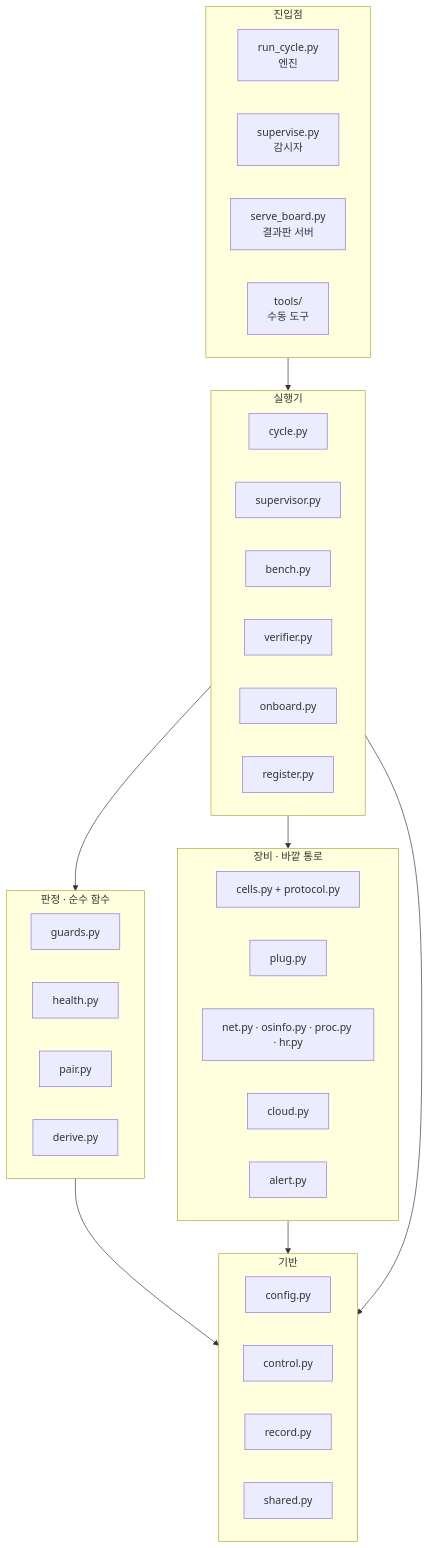
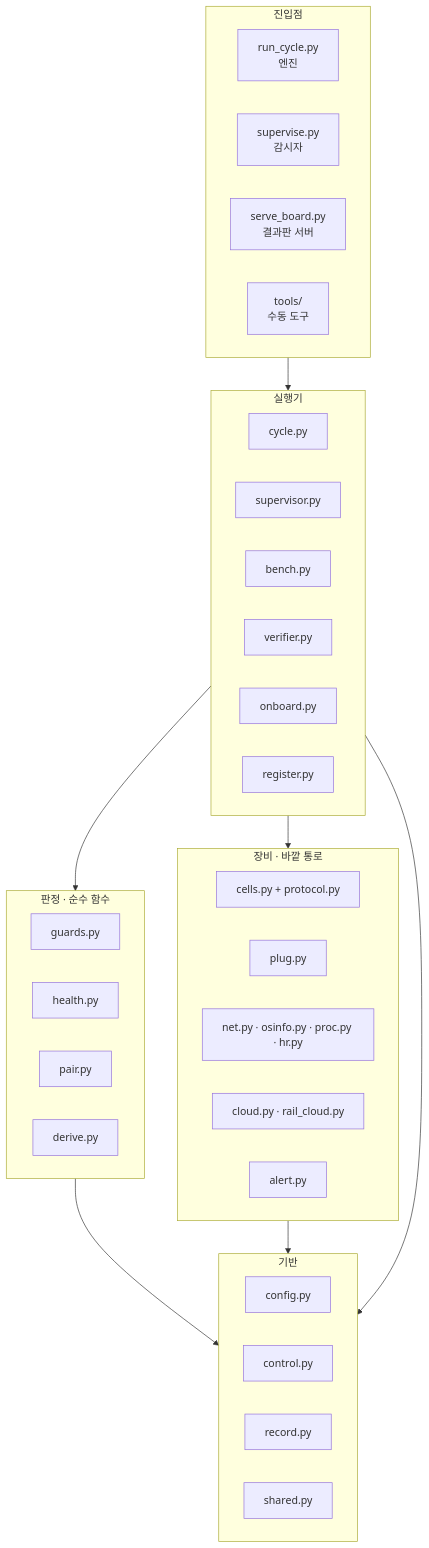
Before and after one commit to GeonwooKim-fitogether/QA-Automation-Test-Room: diagram 21 of 21 in cell-bench/docs/system-map.md, drawn with Mermaid. The commit also changed other lines of this file and 4 other files, not shown here.

````diff
--- a/cell-bench/docs/system-map.md
+++ b/cell-bench/docs/system-map.md
@@ -735,47 +739,47 @@
 ```mermaid
 flowchart TD
   subgraph E["진입점"]
     direction LR
     rc["run_cycle.py<br/>엔진"]
     sp["supervise.py<br/>감시자"]
     sbd["serve_board.py<br/>결과판 서버"]
     tl["tools/<br/>수동 도구"]
   end
   subgraph R["실행기"]
     direction LR
     cy["cycle.py"]
     su["supervisor.py"]
     be["bench.py"]
     ve["verifier.py"]
     ob["onboard.py"]
     rg["register.py"]
   end
   subgraph J["판정 · 순수 함수"]
     direction LR
     gu["guards.py"]
     he["health.py"]
     pa["pair.py"]
     dv["derive.py"]
   end
   subgraph D["장비 · 바깥 통로"]
     direction LR
     ce["cells.py + protocol.py"]
     pl["plug.py"]
     ne["net.py · osinfo.py · proc.py · hr.py"]
-    cl["cloud.py"]
+    cl["cloud.py · rail_cloud.py"]
     al["alert.py"]
   end
   subgraph B["기반"]
     direction LR
     cf["config.py"]
     co["control.py"]
     rd["record.py"]
     sh["shared.py"]
   end
   E --> R
   R --> J
   R --> D
   J --> B
   D --> B
   R --> B
 ```
````
